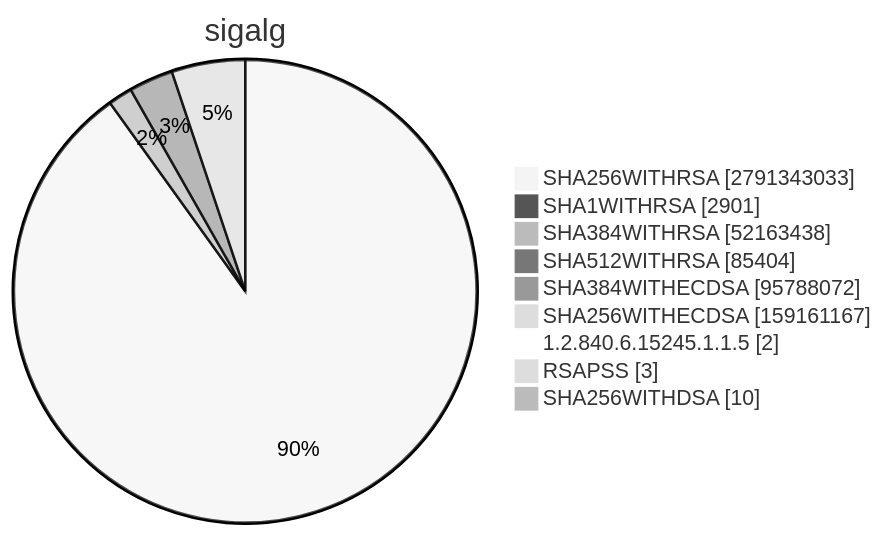
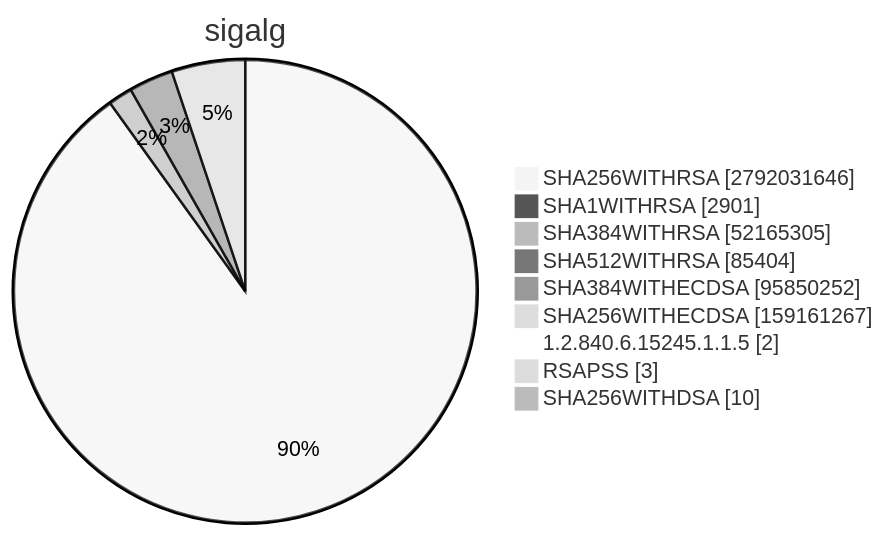
Diagram 15 of 15 in TOTAL/README.md (christiankrug/ctmonitor_visualization), drawn with Mermaid (neutral theme) before and after one commit. The commit also changed other lines of this file, not shown here.

````diff
--- a/TOTAL/README.md
+++ b/TOTAL/README.md
@@ -6205,13 +6205,13 @@
 ```mermaid
 pie showData
 title sigalg
-"SHA256WITHRSA" :2791343033
+"SHA256WITHRSA" :2792031646
 "SHA1WITHRSA" :2901
-"SHA384WITHRSA" :52163438
+"SHA384WITHRSA" :52165305
 "SHA512WITHRSA" :85404
-"SHA384WITHECDSA" :95788072
-"SHA256WITHECDSA" :159161167
+"SHA384WITHECDSA" :95850252
+"SHA256WITHECDSA" :159161267
 "1.2.840.6.15245.1.1.5" :2
 "RSAPSS" :3
 "SHA256WITHDSA" :10
 ```
````
